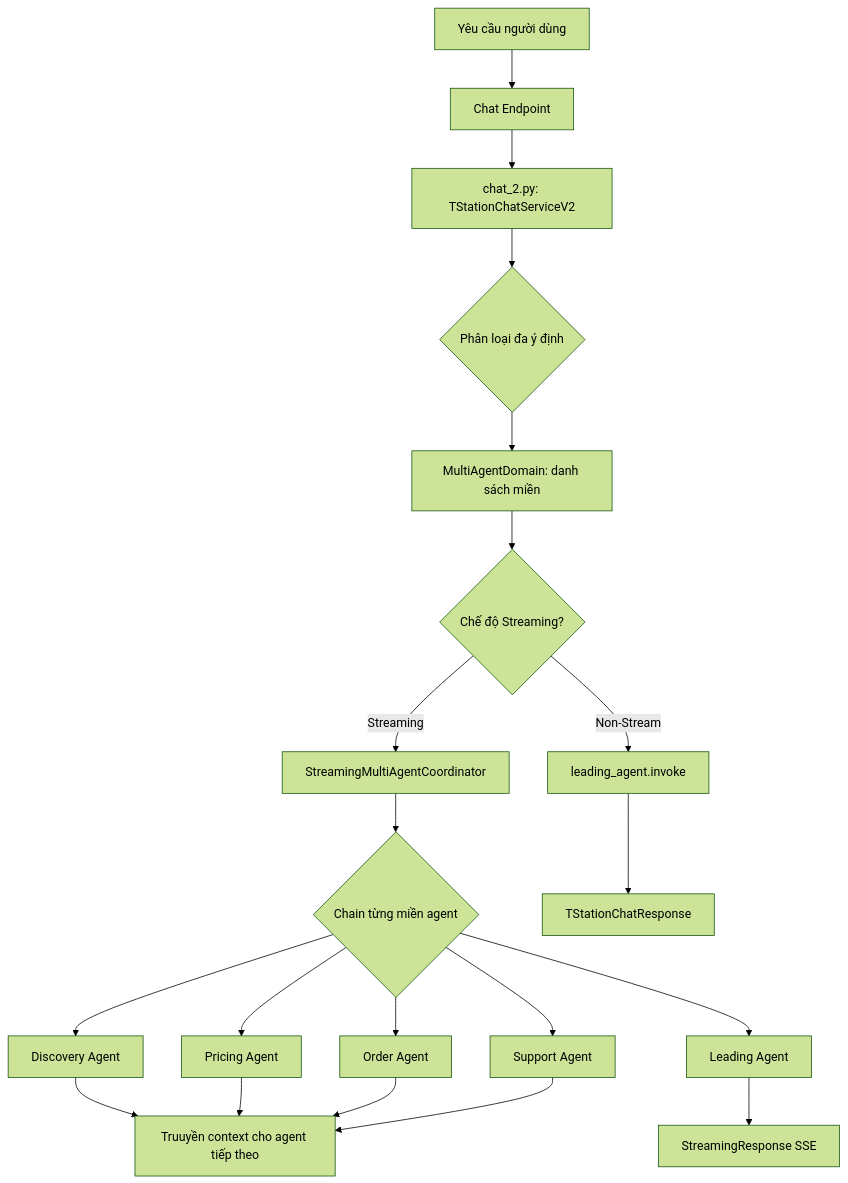
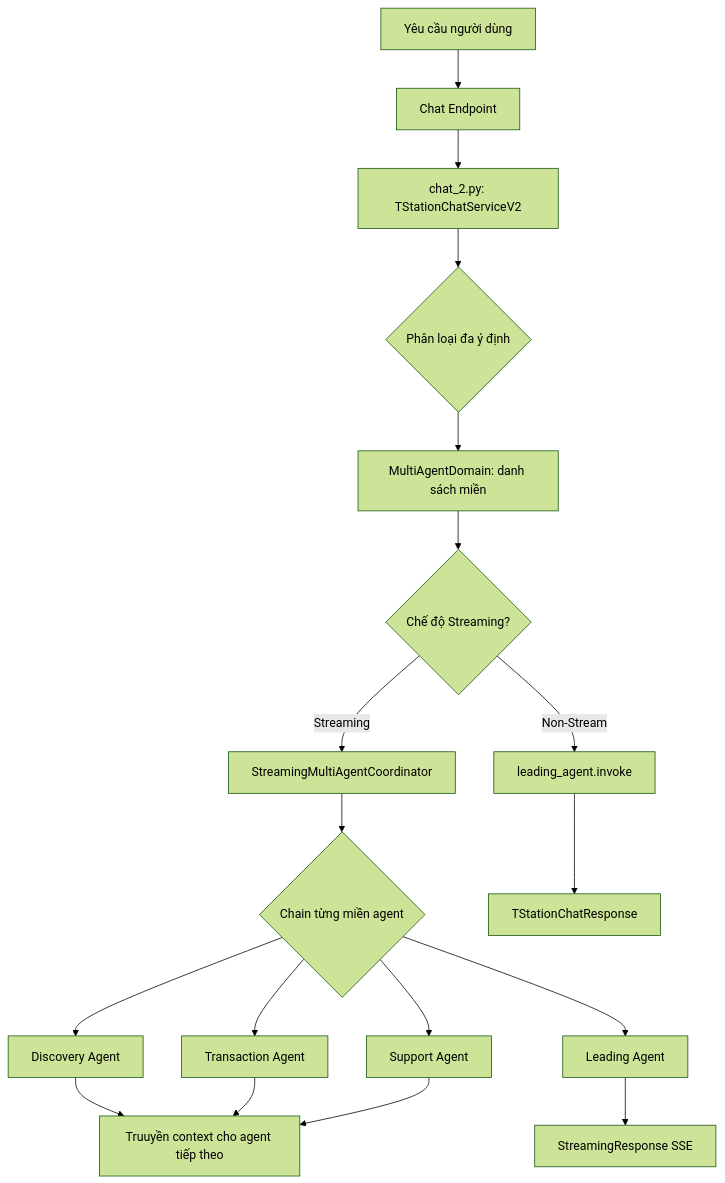
The first of 2 diagrams in docs/feat/tstation-chat/README.vi.md (MinKhaungMinLwin/AI-Orchestration-Agent), drawn with Mermaid (forest theme) before and after one commit. The commit also changed other lines of this file and 7 other files, not shown here.

````diff
--- a/docs/feat/tstation-chat/README.vi.md
+++ b/docs/feat/tstation-chat/README.vi.md
@@ -24,26 +24,24 @@
 ```mermaid
 graph TB
     A[Yêu cầu người dùng] --> B[Chat Endpoint]
     B --> C[chat_2.py: TStationChatServiceV2]
     C --> D{Phân loại đa ý định}
     D --> E[MultiAgentDomain: danh sách miền]
 
     E --> F{Chế độ Streaming?}
     F -->|Streaming| G[StreamingMultiAgentCoordinator]
     F -->|Non-Stream| H[leading_agent.invoke]
 
     G --> I{Chain từng miền agent}
     I --> J[Discovery Agent]
-    I --> K[Pricing Agent]
-    I --> L[Order Agent]
-    I --> M[Support Agent]
-    I --> N[Leading Agent]
+    I --> K[Transaction Agent]
+    I --> L[Support Agent]
+    I --> M[Leading Agent]
 
     J --> O[Truuyền context cho agent tiếp theo]
     K --> O
     L --> O
-    M --> O
-    N --> P[StreamingResponse SSE]
+    M --> P[StreamingResponse SSE]
 
     H --> Q[TStationChatResponse]
 ```
````
